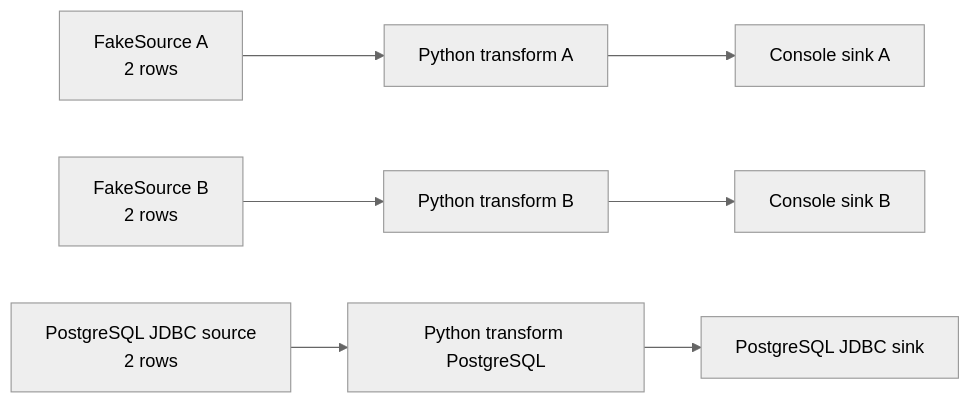
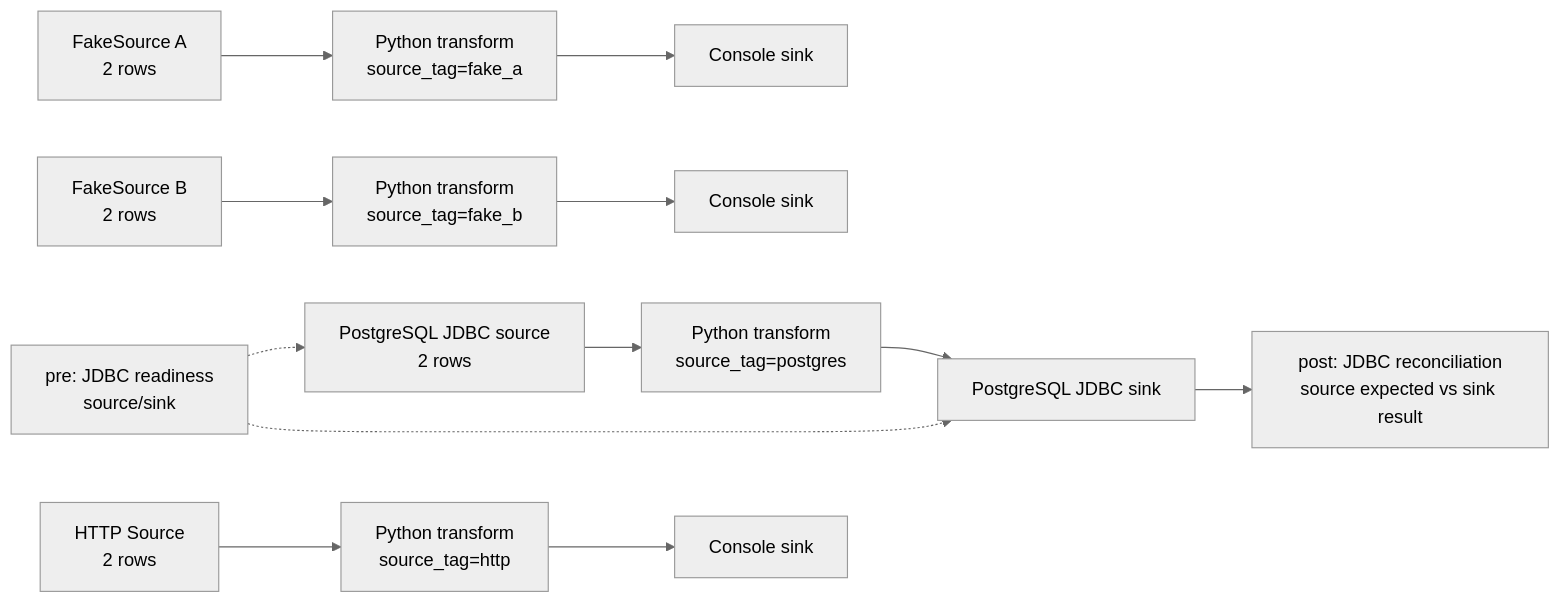
Before and after one commit to Xuxiaotuan/seatunnel: the diagram in README.md, drawn with Mermaid (neutral theme). The commit also changed other lines of this file and 4 other files, not shown here.

````diff
--- a/README.md
+++ b/README.md
@@ -15,9 +9,14 @@
 ```mermaid
 flowchart LR
-    FA["FakeSource A\n2 rows"] --> PA["Python transform A"]
-    FB["FakeSource B\n2 rows"] --> PB["Python transform B"]
-    PG["PostgreSQL JDBC source\n2 rows"] --> PP["Python transform PostgreSQL"]
-    PA --> CA["Console sink A"]
-    PB --> CB["Console sink B"]
-    PP --> CJ["PostgreSQL JDBC sink"]
+    F1["FakeSource A\n2 rows"] --> P1["Python transform\nsource_tag=fake_a"]
+    F2["FakeSource B\n2 rows"] --> P2["Python transform\nsource_tag=fake_b"]
+    PG["PostgreSQL JDBC source\n2 rows"] --> P3["Python transform\nsource_tag=postgres"]
+    HTTP["HTTP Source\n2 rows"] --> P4["Python transform\nsource_tag=http"]
+    P1 --> C1["Console sink"]
+    P2 --> C2["Console sink"]
+    P4 --> C3["Console sink"]
+    P3 --> DB["PostgreSQL JDBC sink"]
+    PRE["pre: JDBC readiness\nsource/sink"] -.-> PG
+    PRE -.-> DB
+    DB --> POST["post: JDBC reconciliation\nsource expected vs sink result"]
 ```
````
